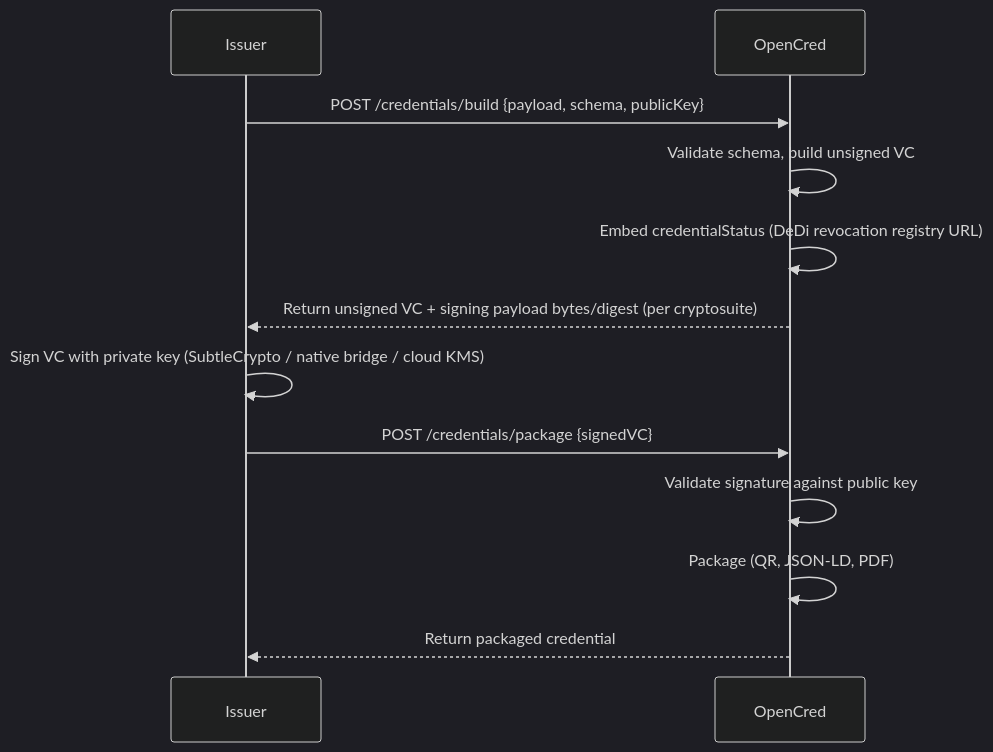
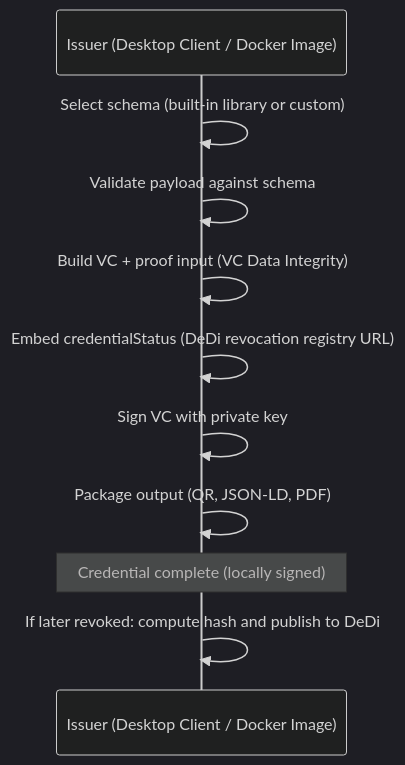
Before and after one commit to nfh-trust-labs/opencred: the second of 6 diagrams in OpenCred_PRD.md, drawn with Mermaid (dark theme). The commit also changed other lines of this file and 141 other files, not shown here.

First line of the commit message:
refactor: remove v1 apps and packages for desktop-first v2 architecture

````diff
--- a/OpenCred_PRD.md
+++ b/OpenCred_PRD.md
@@ -282,15 +225,13 @@
 ```mermaid
 sequenceDiagram
-    participant Issuer
-    participant OpenCred
+    participant Issuer as Issuer (Desktop Client / Docker Image)
 
-    Issuer->>OpenCred: POST /credentials/build {payload, schema, publicKey}
-    OpenCred->>OpenCred: Validate schema, build unsigned VC
-    OpenCred->>OpenCred: Embed credentialStatus (DeDi revocation registry URL)
-    OpenCred-->>Issuer: Return unsigned VC + signing payload bytes/digest (per cryptosuite)
-    Issuer->>Issuer: Sign VC with private key (SubtleCrypto / native bridge / cloud KMS)
-    Issuer->>OpenCred: POST /credentials/package {signedVC}
-    OpenCred->>OpenCred: Validate signature against public key
-    OpenCred->>OpenCred: Package (QR, JSON-LD, PDF)
-    OpenCred-->>Issuer: Return packaged credential
+    Issuer->>Issuer: Select schema (built-in library or custom)
+    Issuer->>Issuer: Validate payload against schema
+    Issuer->>Issuer: Build VC + proof input (VC Data Integrity)
+    Issuer->>Issuer: Embed credentialStatus (DeDi revocation registry URL)
+    Issuer->>Issuer: Sign VC with private key
+    Issuer->>Issuer: Package output (QR, JSON-LD, PDF)
+    Note over Issuer: Credential complete (locally signed)
+    Issuer->>Issuer: If later revoked: compute hash and publish to DeDi
 ```
````
